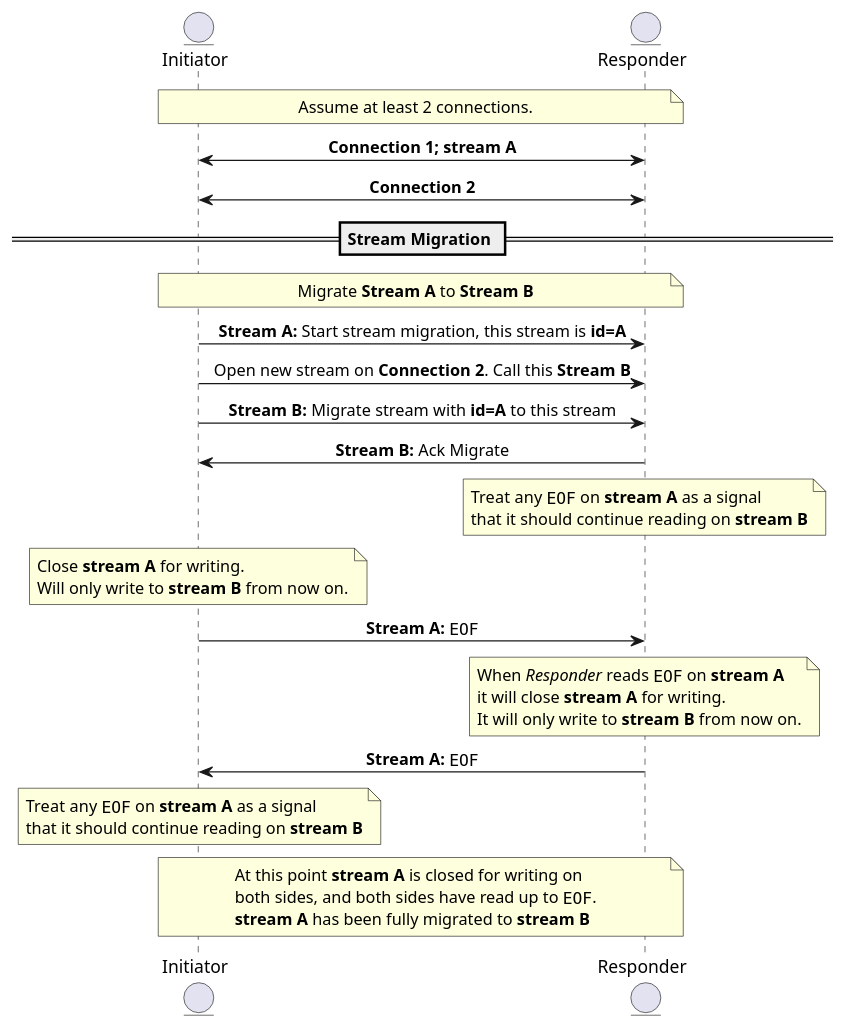
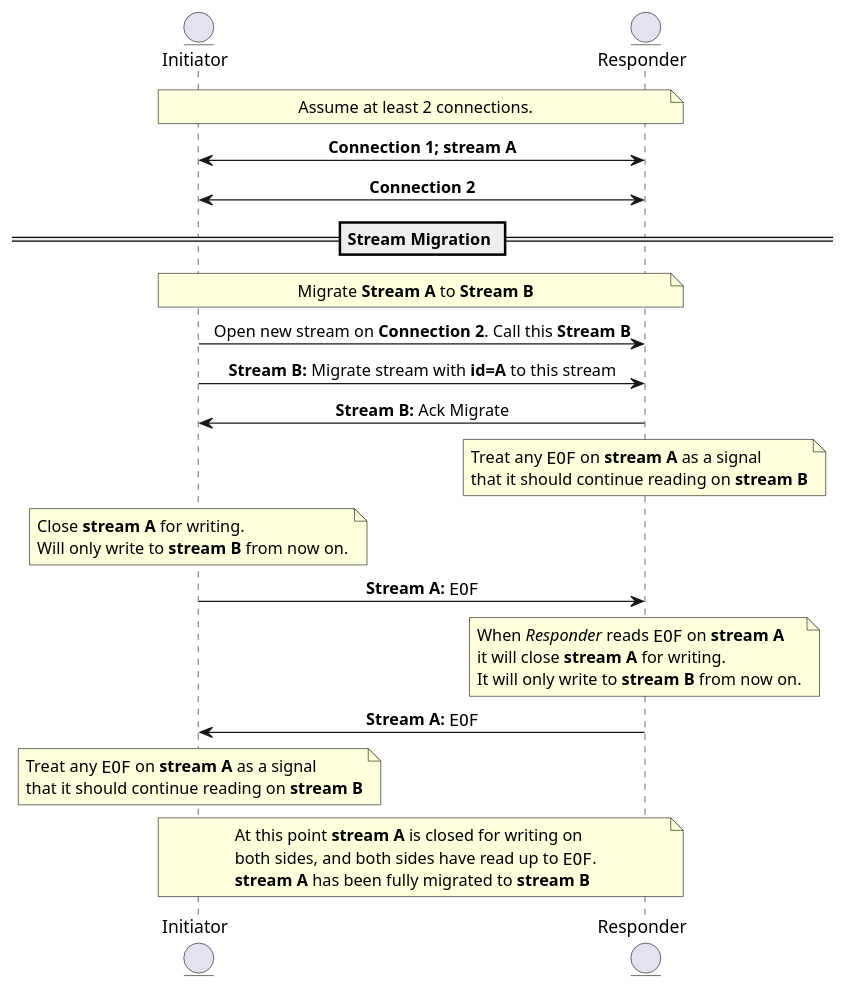
The first of 2 diagrams in connections/stream-migration.md (libp2p/specs), drawn with PlantUML before and after one commit. The commit also changed other lines of this file and 2 other files, not shown here.

````diff
--- a/connections/stream-migration.md
+++ b/connections/stream-migration.md
@@ -40,56 +40,54 @@
 ``` plantuml
 @startuml stream-migration
 skinparam sequenceMessageAlign center
 entity Initiator
 entity Responder
 
 note over Initiator, Responder: Assume at least 2 connections.
 
 Initiator <-> Responder: <b>Connection 1; stream A</b>
 Initiator <-> Responder: <b>Connection 2</b>
 
 == Stream Migration ==
 
 note over Initiator, Responder: Migrate <b>Stream A</b> to <b>Stream B</b>
-
-Initiator -> Responder: <b>Stream A:</b> Start stream migration, this stream is <b>id=A</b>
 
 Initiator -> Responder: Open new stream on <b>Connection 2</b>. Call this <b>Stream B</b>
 
 Initiator -> Responder: <b>Stream B:</b> Migrate stream with <b>id=A</b> to this stream
 Initiator <- Responder: <b>Stream B:</b> Ack Migrate
 
 note over Responder
     Treat any ""EOF"" on <b>stream A</b> as a signal
     that it should continue reading on <b>stream B</b>
 end note
 
 
 note over Initiator
     Close <b>stream A</b> for writing.
     Will only write to <b>stream B</b> from now on.
 end note
 
 Initiator -> Responder: <b>Stream A:</b> ""EOF""
 
 note over Responder
     When <i>Responder</i> reads ""EOF"" on <b>stream A</b>
     it will close <b>stream A</b> for writing.
     It will only write to <b>stream B</b> from now on.
 end note
 
 Initiator <- Responder: <b>Stream A:</b> ""EOF""
 
 note over Initiator
     Treat any ""EOF"" on <b>stream A</b> as a signal
     that it should continue reading on <b>stream B</b>
 end note
 
 note over Initiator, Responder
     At this point <b>stream A</b> is closed for writing on
     both sides, and both sides have read up to ""EOF"".
     <b>stream A</b> has been fully migrated to <b>stream B</b>
 end note
 
 @enduml
 ```
````
